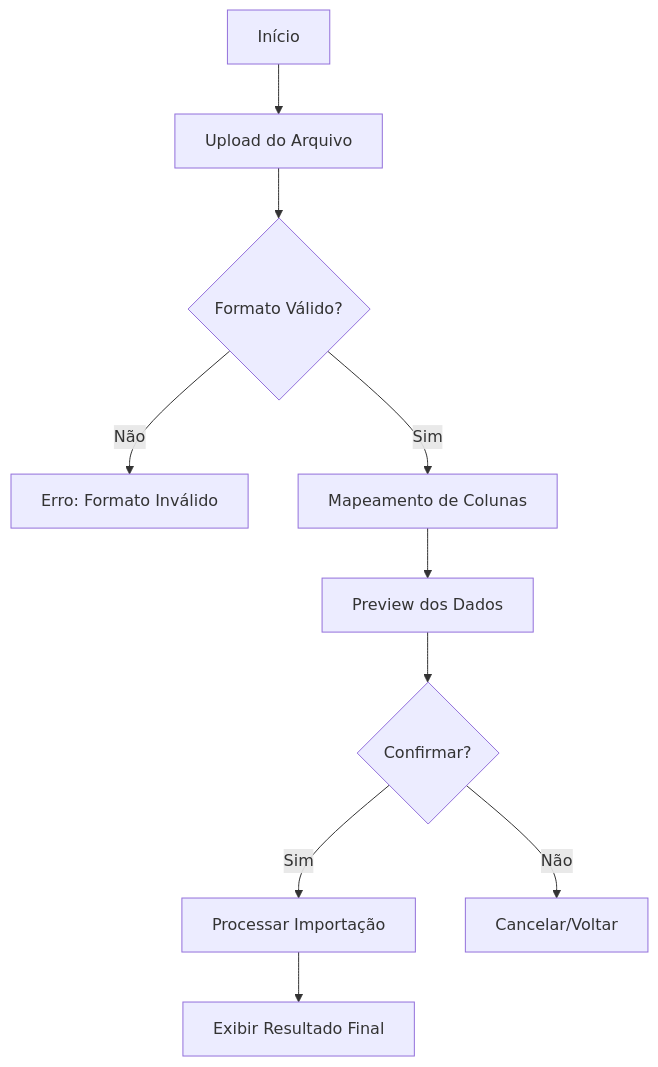
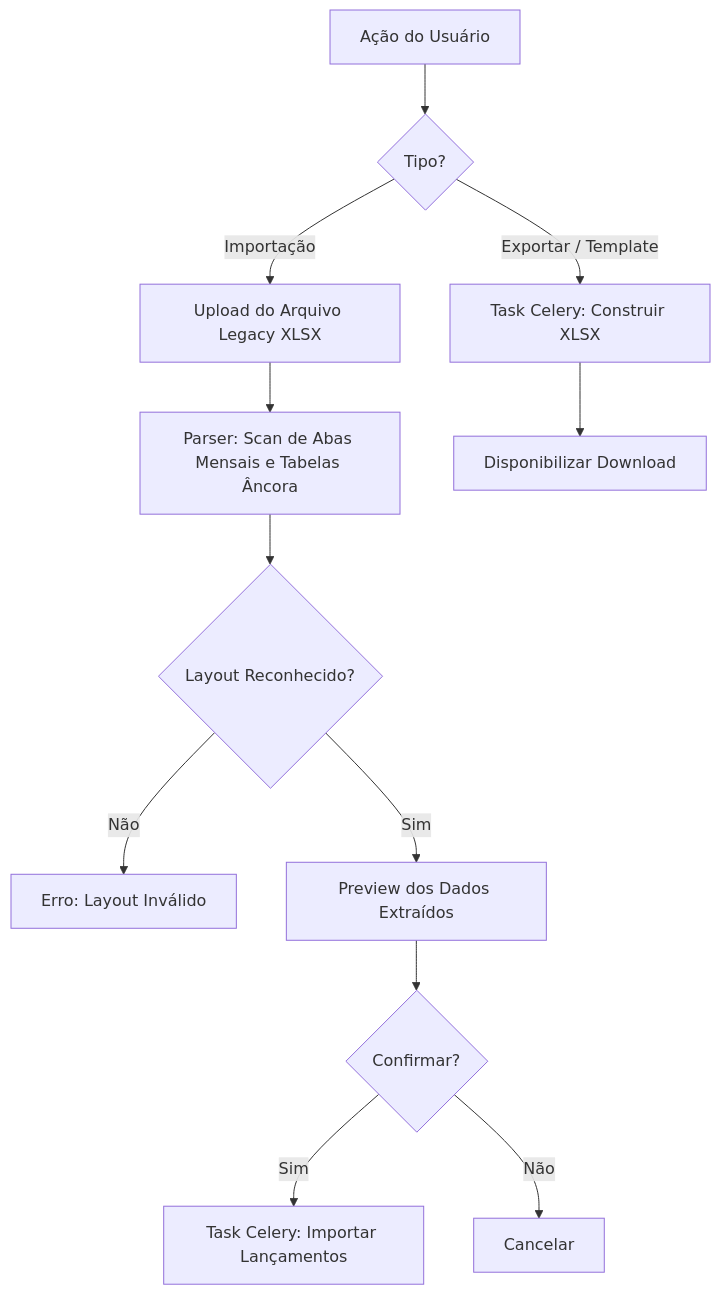
Before and after one commit to Graciano-B-L-Junior/financas_pessoais_copilot: the diagram in .github/especificacoes/spec008.md, drawn with Mermaid. The commit also changed other lines of this file and 16 other files, not shown here.

````diff
--- a/.github/especificacoes/spec008.md
+++ b/.github/especificacoes/spec008.md
@@ -33,12 +40,14 @@
 ```mermaid
 graph TD
-    A[Início] --> B[Upload do Arquivo]
-    B --> C{Formato Válido?}
-    C -- Não --> D[Erro: Formato Inválido]
-    C -- Sim --> E[Mapeamento de Colunas]
-    E --> F[Preview dos Dados]
-    F --> G{Confirmar?}
-    G -- Sim --> H[Processar Importação]
-    H --> I[Exibir Resultado Final]
-    G -- Não --> J[Cancelar/Voltar]
+    A[Ação do Usuário] --> B{Tipo?}
+    B -- Importação --> C[Upload do Arquivo Legacy XLSX]
+    C --> D[Parser: Scan de Abas Mensais e Tabelas Âncora]
+    D --> E{Layout Reconhecido?}
+    E -- Não --> F[Erro: Layout Inválido]
+    E -- Sim --> G[Preview dos Dados Extraídos]
+    G --> H{Confirmar?}
+    H -- Sim --> I[Task Celery: Importar Lançamentos]
+    H -- Não --> J[Cancelar]
+    B -- Exportar / Template --> K[Task Celery: Construir XLSX]
+    K --> L[Disponibilizar Download]
 ```
````
